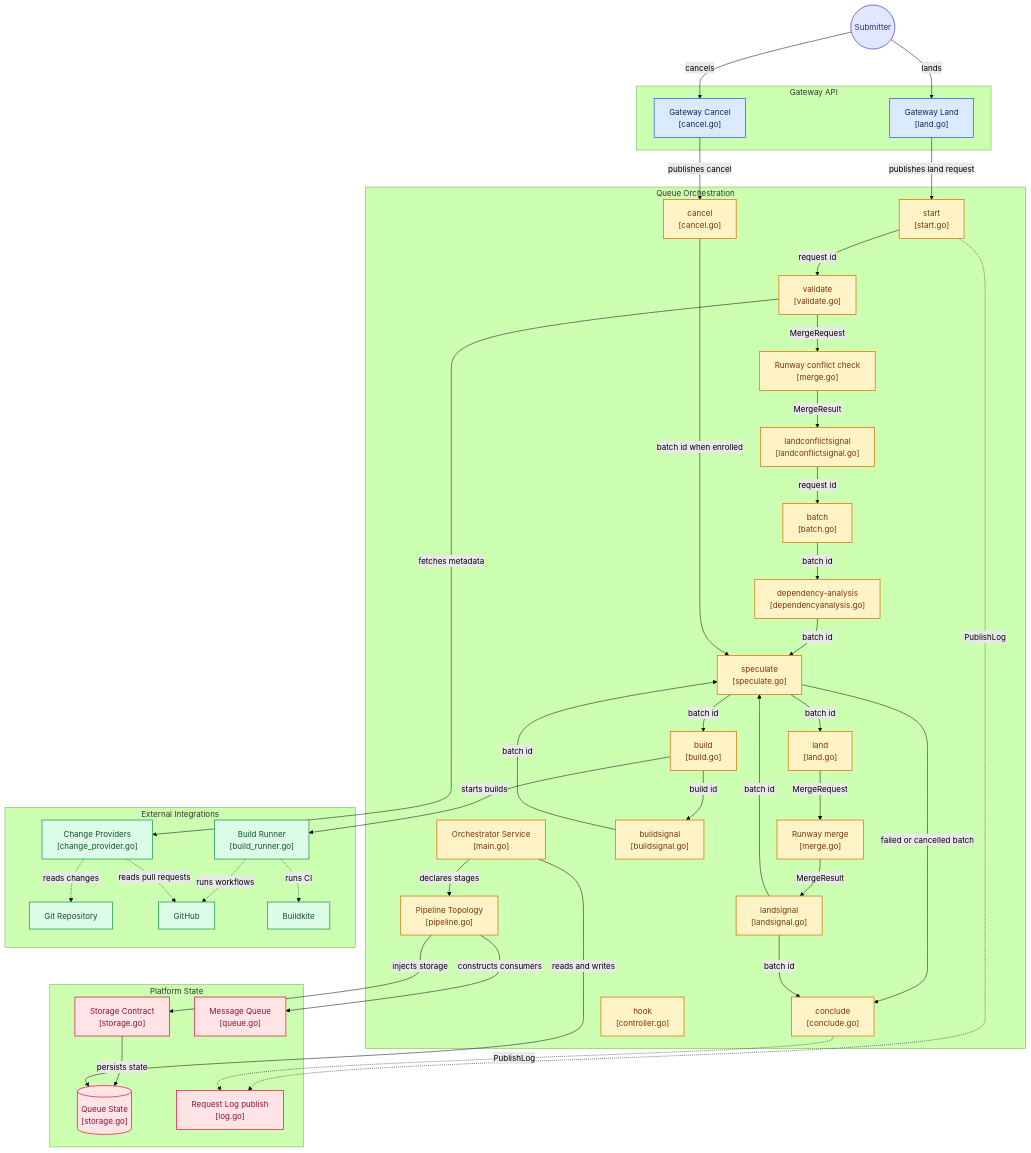
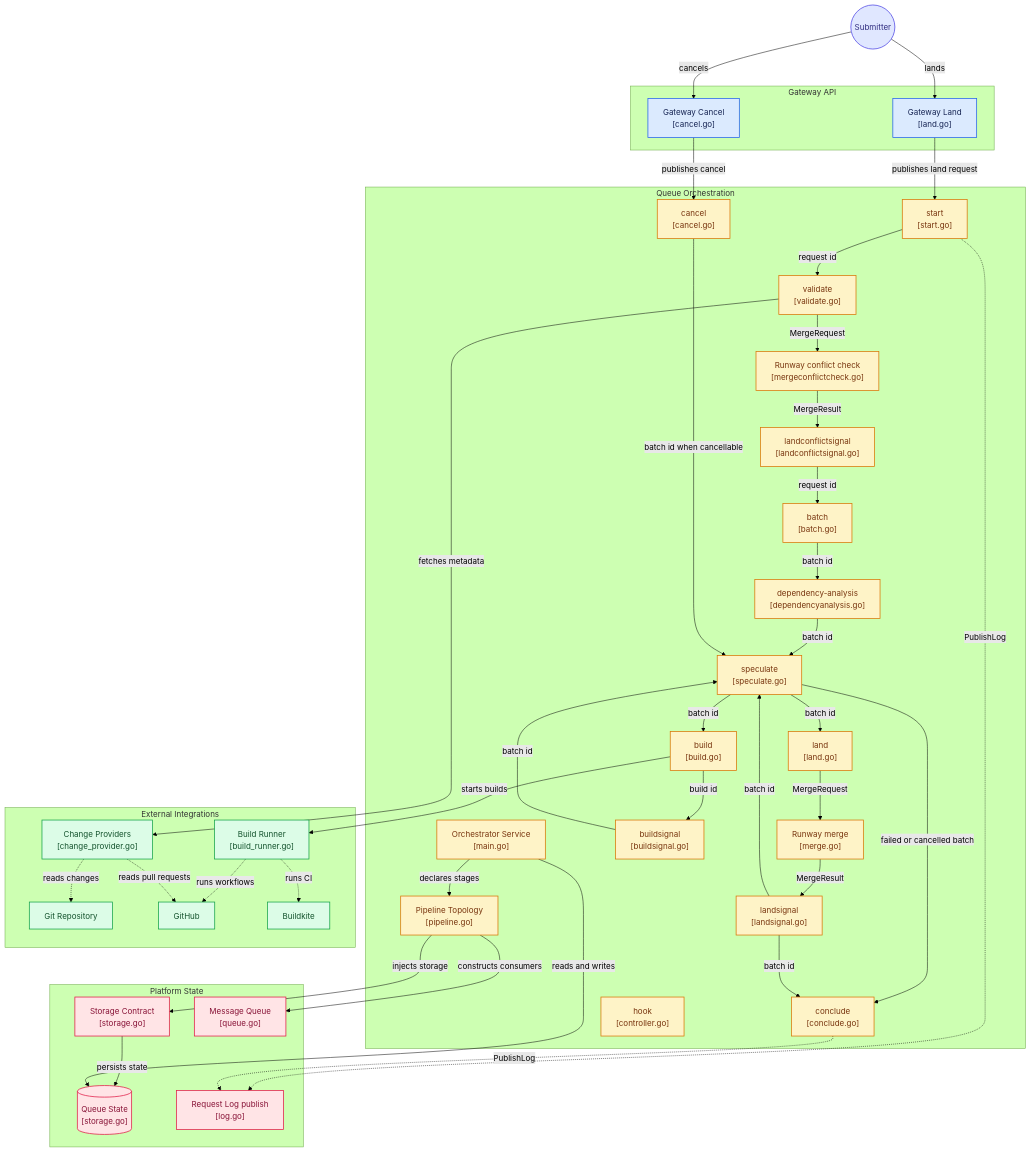
Before and after one commit to uber/submitqueue: the diagram in doc/rfc/submitqueue/workflow.md, drawn with Mermaid (forest theme). The commit also changed other lines of this file and 4 other files, not shown here.

```diff
--- a/doc/rfc/submitqueue/workflow.md
+++ b/doc/rfc/submitqueue/workflow.md
@@ -26,7 +26,7 @@
   node_start["start<br/>[start.go]"]
   node_cancel["cancel<br/>[cancel.go]"]
   node_validate["validate<br/>[validate.go]"]
-  node_runwaycheck["Runway conflict check<br/>[merge.go]"]
+  node_runwaycheck["Runway conflict check<br/>[mergeconflictcheck.go]"]
   node_conflictsignal["landconflictsignal<br/>[landconflictsignal.go]"]
   node_batch["batch<br/>[batch.go]"]
   node_dependency["dependency-analysis<br/>[dependencyanalysis.go]"]
@@ -71,7 +71,7 @@
 node_conflictsignal -->|"request id"| node_batch
 node_batch -->|"batch id"| node_dependency
 node_dependency -->|"batch id"| node_speculate
-node_cancel -->|"batch id when enrolled"| node_speculate
+node_cancel -->|"batch id when cancellable"| node_speculate
 node_speculate -->|"batch id"| node_build
 node_speculate -->|"batch id"| node_land
 node_speculate -->|"failed or cancelled batch"| node_conclude
```
